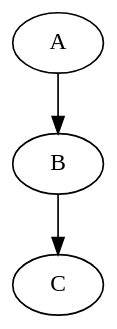
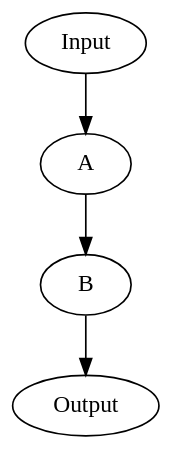
The diagram in Report A/images/TMR-graph.dot (Jemima/ths), drawn with Graphviz before and after one commit. The commit also changed 13 other files, not shown here.

```diff
--- a/Report A/images/TMR-graph.dot
+++ b/Report A/images/TMR-graph.dot
@@ -1,4 +1,4 @@
 digraph G{
    bgcolor="transparent"
-    A -> B -> C;
+    Input -> A -> B -> Output;
 }
```
